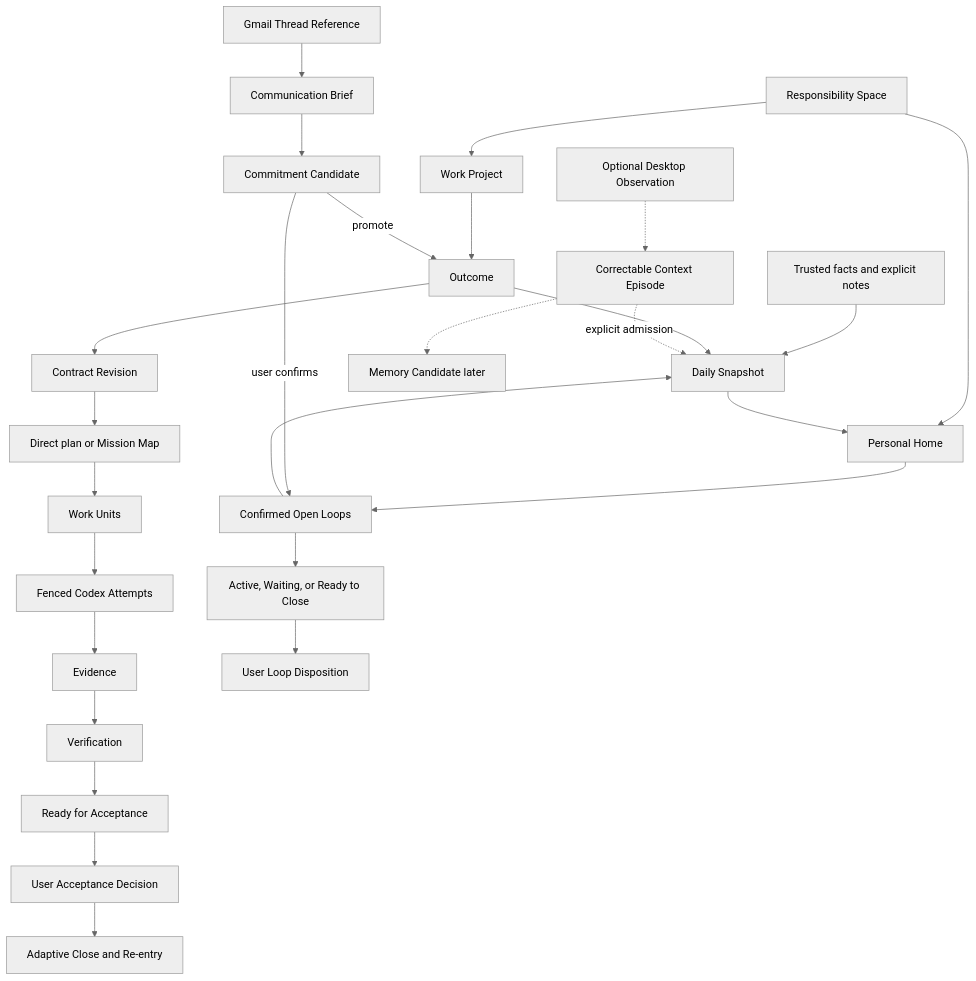
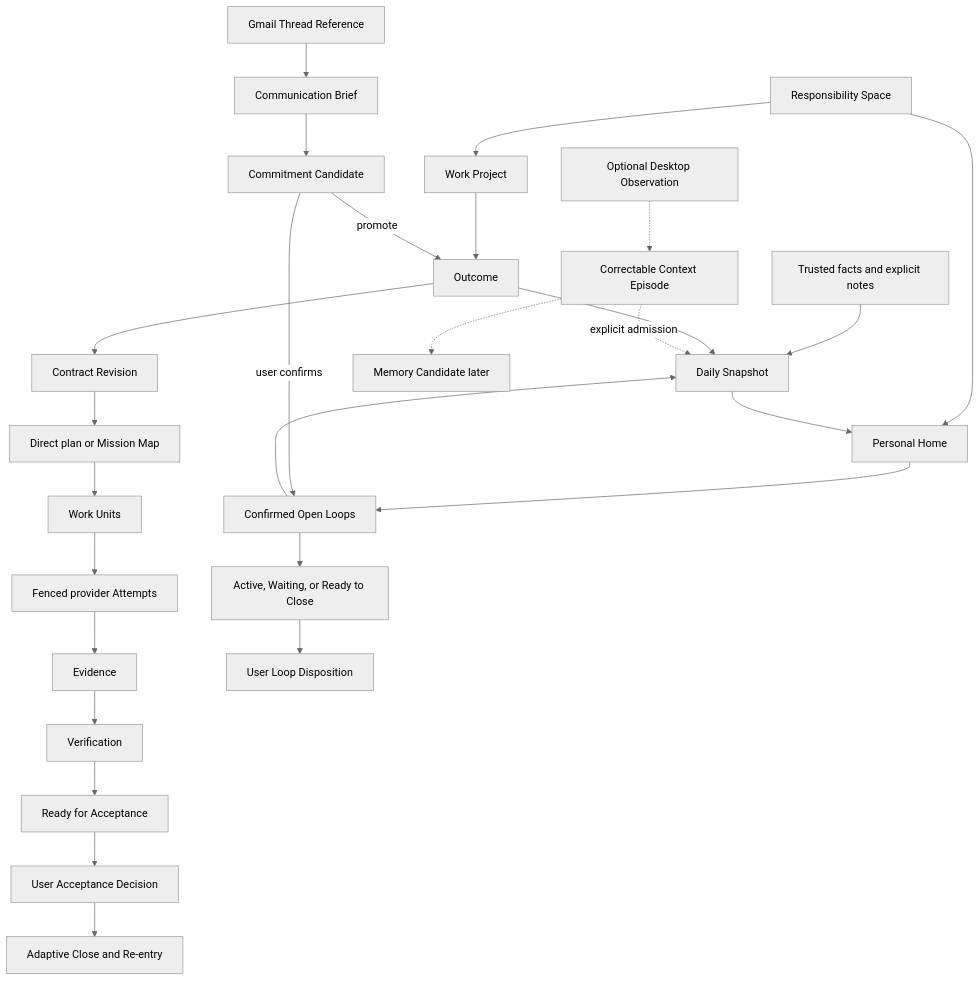
The first of 2 diagrams in docs/product/kennel-v1-team-review-packet.md (Pin4sf/Waldo-Kennel), drawn with Mermaid (neutral theme) before and after one commit. The commit also changed other lines of this file and 6 other files, not shown here.

````diff
--- a/docs/product/kennel-v1-team-review-packet.md
+++ b/docs/product/kennel-v1-team-review-packet.md
@@ -126,33 +127,33 @@
 ```mermaid
 flowchart TD
   S["Responsibility Space"] --> P["Work Project"]
   S --> H["Personal Home"]
 
   P --> O["Outcome"]
   O --> C["Contract Revision"]
   C --> M["Direct plan or Mission Map"]
   M --> W["Work Units"]
-  W --> A["Fenced Codex Attempts"]
+  W --> A["Fenced provider Attempts"]
   A --> E["Evidence"]
   E --> V["Verification"]
   V --> RA["Ready for Acceptance"]
   RA --> AD["User Acceptance Decision"]
   AD --> AC["Adaptive Close and Re-entry"]
 
   H --> OL["Confirmed Open Loops"]
   G["Gmail Thread Reference"] --> CB["Communication Brief"]
   CB --> CC["Commitment Candidate"]
   CC -->|"user confirms"| OL
   CC -->|"promote"| O
   OL --> WA["Active, Waiting, or Ready to Close"]
   WA --> LD["User Loop Disposition"]
 
   TF["Trusted facts and explicit notes"] --> DS["Daily Snapshot"]
   OL --> DS
   O --> DS
   DS --> H
 
   DO["Optional Desktop Observation"] -.-> CE["Correctable Context Episode"]
   CE -.->|"explicit admission"| DS
   CE -.-> MC["Memory Candidate later"]
 ```
````
